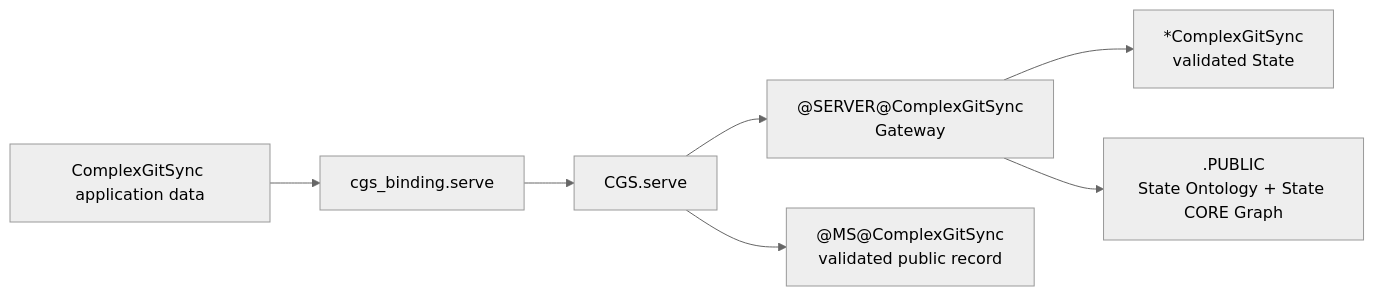
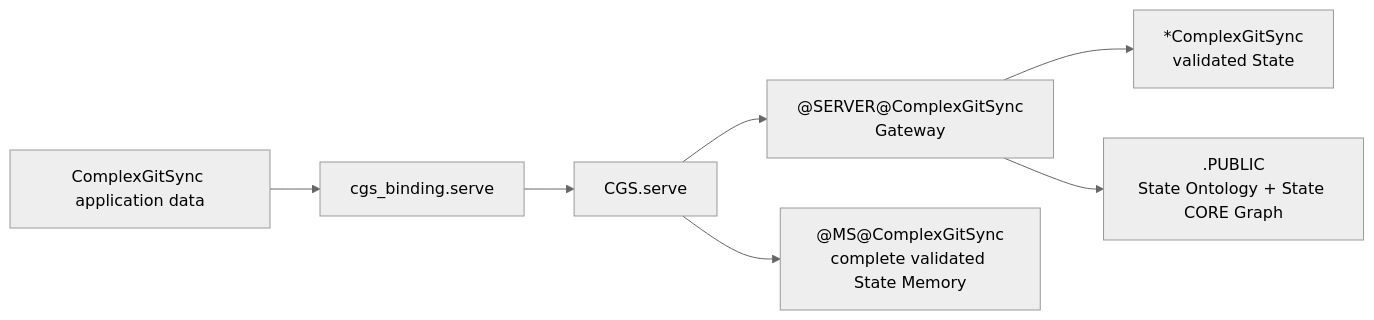
Before and after one commit to flipoyo/ComplexGitSync: the diagram in @ComplexGitSync.GRAPH.md, drawn with Mermaid (neutral theme). The commit also changed other lines of this file and 26 other files, not shown here.

````diff
--- a/@ComplexGitSync.GRAPH.md
+++ b/@ComplexGitSync.GRAPH.md
@@ -6,9 +6,9 @@
 ```mermaid
 flowchart LR
     DATA["ComplexGitSync application data"] --> ADAPTER["cgs_binding.serve"]
     ADAPTER --> CGS["CGS.serve"]
     CGS --> SERVER["@SERVER@ComplexGitSync<br/>Gateway"]
     SERVER --> LIVING["*ComplexGitSync<br/>validated State"]
-    CGS --> MEMORY["@MS@ComplexGitSync<br/>validated public record"]
+    CGS --> MEMORY["@MS@ComplexGitSync<br/>complete validated State Memory"]
     SERVER --> PUBLIC[".PUBLIC<br/>State Ontology + State CORE Graph"]
 ```
````
